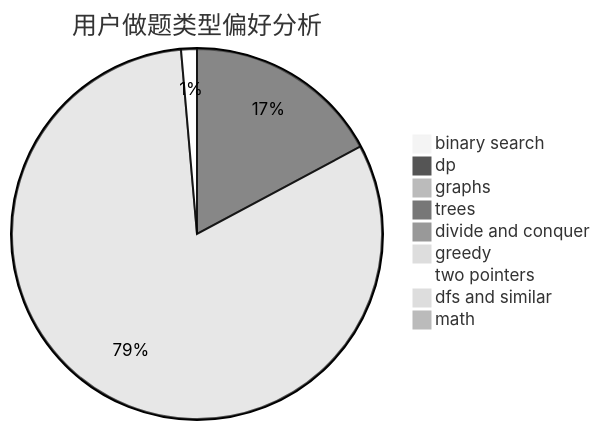
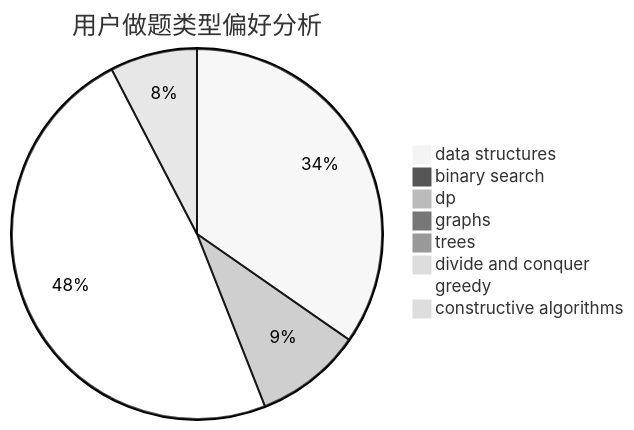
The second of 3 diagrams in docs/user/u2390.md (sherpahu/cfrs.github.io), drawn with Mermaid (neutral theme) before and after one commit. The commit also changed other lines of this file and 2775 other files, not shown here.

````diff
--- a/docs/user/u2390.md
+++ b/docs/user/u2390.md
@@ -23,12 +23,11 @@
 ```mermaid
 pie title 用户做题类型偏好分析
-    "binary search" :  6
-    "dp" :  112
-    "graphs" :  2
+    "data structures" :  319
+    "binary search" :  1
+    "dp" :  86
+    "graphs" :  0
     "trees" :  0
     "divide and conquer" :  5
-    "greedy" :  531
-    "two pointers" :  9
-    "dfs and similar" :  2
-    "math" :  2
+    "greedy" :  445
+    "constructive algorithms" :  70
 ```
````
